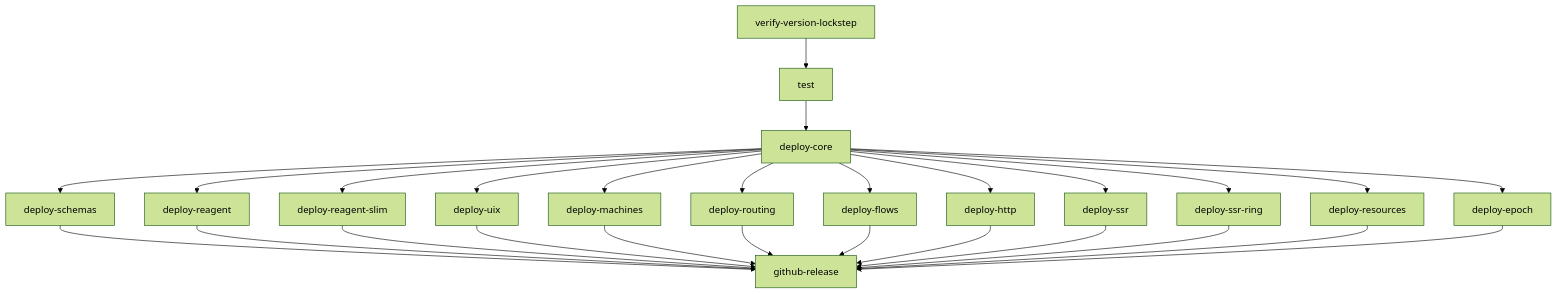
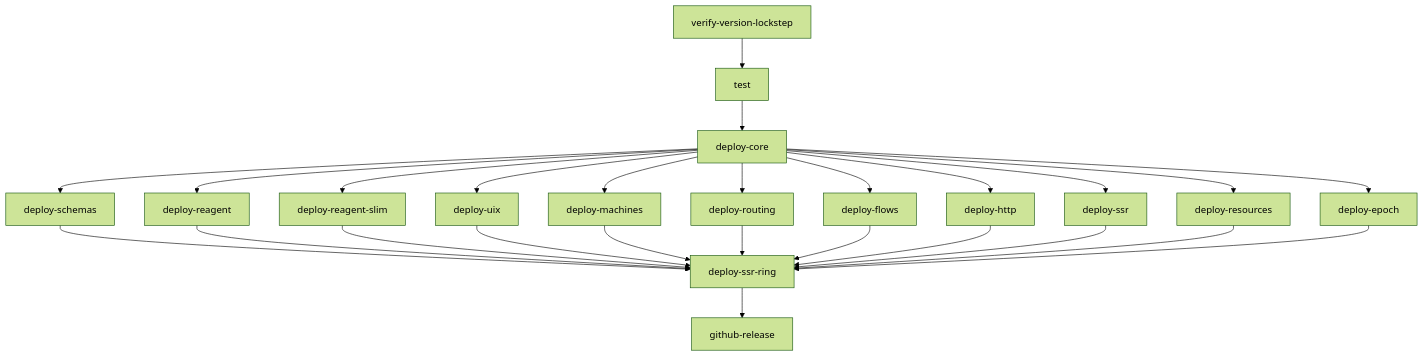
Before and after one commit to day8/re-frame2: the diagram in docs/release-process.md, drawn with Mermaid (forest theme). The commit also changed other lines of this file, not shown here.

First line of the commit message:
docs(release-process): carry the ssr-ring ordering edge into the narrative DAG (rf2-p4a93)

````diff
--- a/docs/release-process.md
+++ b/docs/release-process.md
@@ -45,29 +45,28 @@
 ```mermaid
 graph TD
   V[verify-version-lockstep] --> T[test]
   T --> C[deploy-core]
   C --> S[deploy-schemas]
   C --> R[deploy-reagent]
   C --> RS[deploy-reagent-slim]
   C --> U[deploy-uix]
   C --> M[deploy-machines]
   C --> RT[deploy-routing]
   C --> F[deploy-flows]
   C --> H[deploy-http]
   C --> SS[deploy-ssr]
-  C --> SR[deploy-ssr-ring]
   C --> RES[deploy-resources]
   C --> E[deploy-epoch]
-  S --> GR[github-release]
-  R --> GR
-  RS --> GR
-  U --> GR
-  M --> GR
-  RT --> GR
-  F --> GR
-  H --> GR
-  SS --> GR
-  SR --> GR
-  RES --> GR
-  E --> GR
+  S --> SR[deploy-ssr-ring]
+  R --> SR
+  RS --> SR
+  U --> SR
+  M --> SR
+  RT --> SR
+  F --> SR
+  H --> SR
+  SS --> SR
+  RES --> SR
+  E --> SR
+  SR --> GR[github-release]
 ```
````
